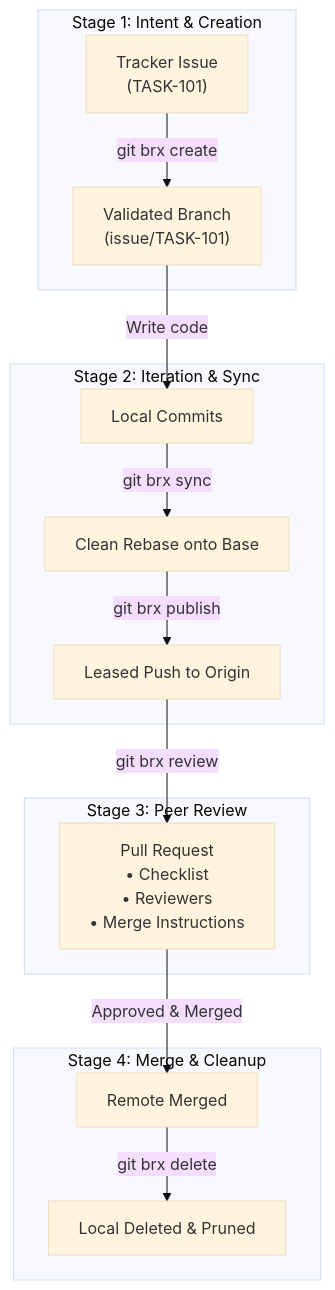
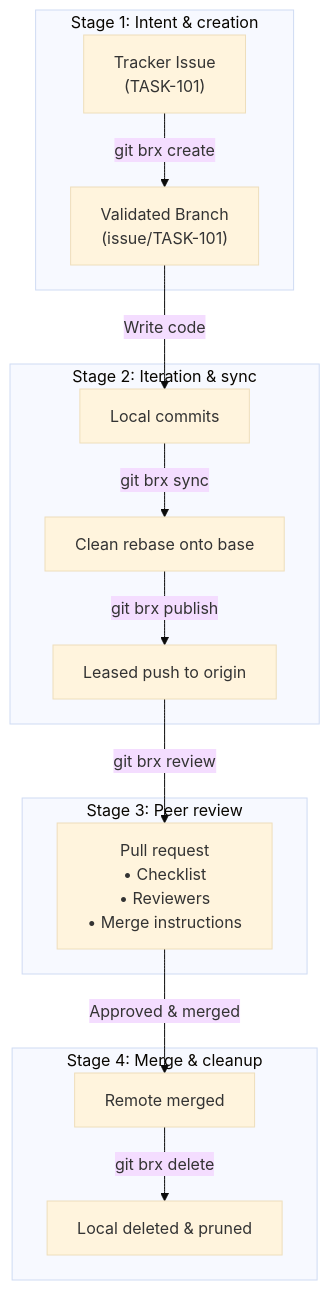
Before and after one commit to bvarnai/git-brx: the diagram in docs/user-guide/philosophy.md, drawn with Mermaid (base theme). The commit also changed other lines of this file and 3 other files, not shown here.

````diff
--- a/docs/user-guide/philosophy.md
+++ b/docs/user-guide/philosophy.md
@@ -73,21 +73,21 @@
 ```mermaid
 flowchart TD
-    subgraph S1 ["Stage 1: Intent & Creation"]
+    subgraph S1 ["Stage 1: Intent & creation"]
         Issue["Tracker Issue<br/>(TASK-101)"] -->|"git brx create"| TopicBranch["Validated Branch<br/>(issue/TASK-101)"]
     end
 
-    subgraph S2 ["Stage 2: Iteration & Sync"]
-        TopicBranch -->|"Write code"| LocalCommits["Local Commits"]
-        LocalCommits -->|"git brx sync"| Rebased["Clean Rebase onto Base"]
-        Rebased -->|"git brx publish"| RemoteBranch["Leased Push to Origin"]
+    subgraph S2 ["Stage 2: Iteration & sync"]
+        TopicBranch -->|"Write code"| LocalCommits["Local commits"]
+        LocalCommits -->|"git brx sync"| Rebased["Clean rebase onto base"]
+        Rebased -->|"git brx publish"| RemoteBranch["Leased push to origin"]
     end
 
-    subgraph S3 ["Stage 3: Peer Review"]
-        RemoteBranch -->|"git brx review"| PullRequest["Pull Request<br/>• Checklist<br/>• Reviewers<br/>• Merge Instructions"]
+    subgraph S3 ["Stage 3: Peer review"]
+        RemoteBranch -->|"git brx review"| PullRequest["Pull request<br/>• Checklist<br/>• Reviewers<br/>• Merge instructions"]
     end
 
-    subgraph S4 ["Stage 4: Merge & Cleanup"]
-        PullRequest -->|"Approved & Merged"| SCM["Remote Merged"]
-        SCM -->|"git brx delete"| Clean["Local Deleted & Pruned"]
+    subgraph S4 ["Stage 4: Merge & cleanup"]
+        PullRequest -->|"Approved & merged"| SCM["Remote merged"]
+        SCM -->|"git brx delete"| Clean["Local deleted & pruned"]
     end
 ```
````
